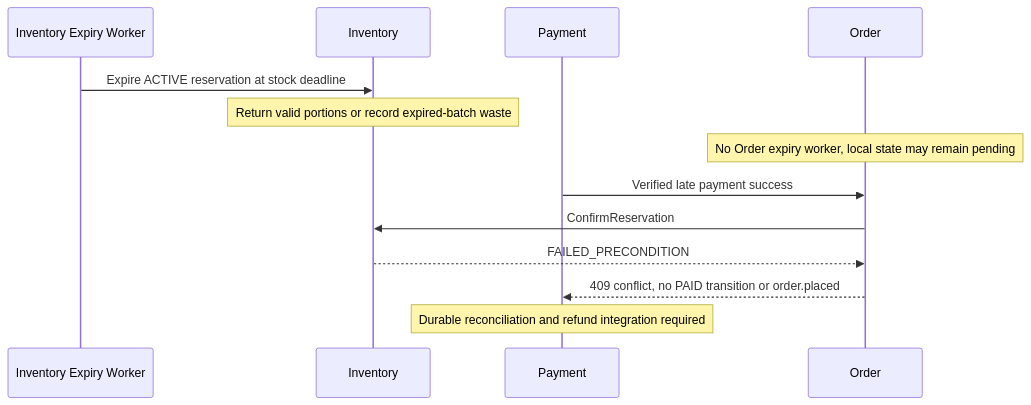
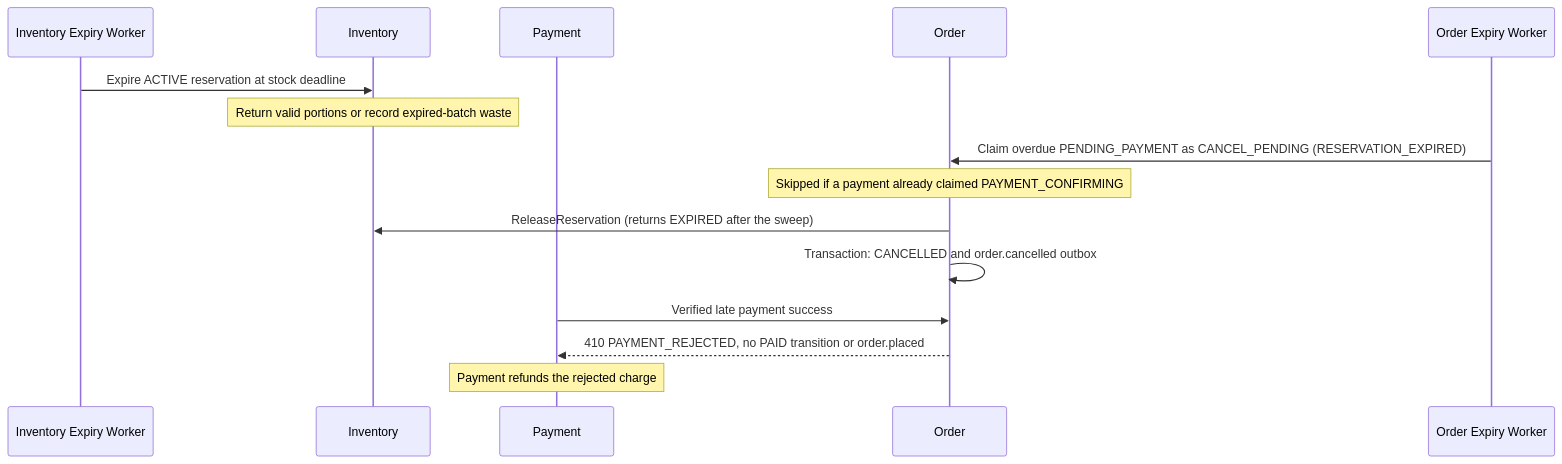
The fourth of 6 diagrams in docs/sequence-diagram.md (PhoengZ/backend-gelato-management), drawn with Mermaid before and after one commit. The commit also changed other lines of this file and 2 other files, not shown here.

Commit message:
docs: update sequence and event spec for expiry and store cancellation

````diff
--- a/docs/sequence-diagram.md
+++ b/docs/sequence-diagram.md
@@ -146,16 +146,18 @@
 ```mermaid
 sequenceDiagram
     participant Sweep as Inventory Expiry Worker
     participant I as Inventory
     participant P as Payment
     participant O as Order
 
     Sweep->>I: Expire ACTIVE reservation at stock deadline
     Note over I: Return valid portions or record expired-batch waste
-    Note over O: No Order expiry worker, local state may remain pending
+    participant OW as Order Expiry Worker
+    OW->>O: Claim overdue PENDING_PAYMENT as CANCEL_PENDING (RESERVATION_EXPIRED)
+    Note over O: Skipped if a payment already claimed PAYMENT_CONFIRMING
+    O->>I: ReleaseReservation (returns EXPIRED after the sweep)
+    O->>O: Transaction: CANCELLED and order.cancelled outbox
     P->>O: Verified late payment success
-    O->>I: ConfirmReservation
-    I-->>O: FAILED_PRECONDITION
-    O-->>P: 409 conflict, no PAID transition or order.placed
-    Note over P: Durable reconciliation and refund integration required
+    O-->>P: 410 PAYMENT_REJECTED, no PAID transition or order.placed
+    Note over P: Payment refunds the rejected charge
 ```
````
